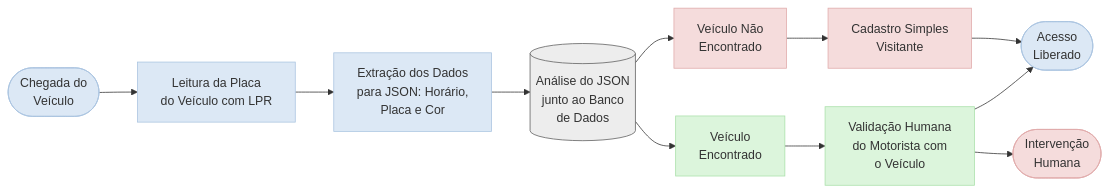
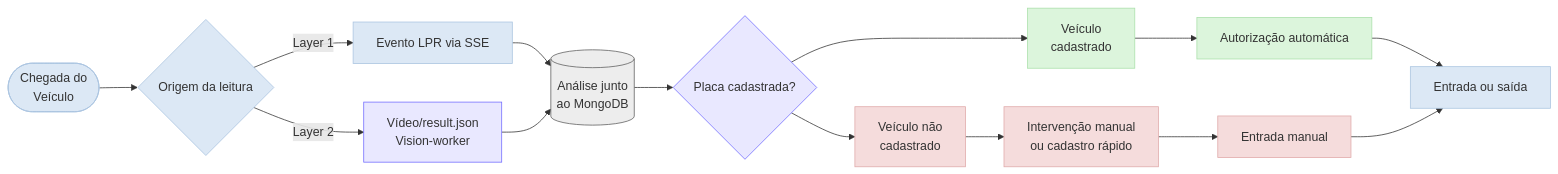
Before and after one commit to alberthydev/carcara-sentinela: the second of 4 diagrams in README.md, drawn with Mermaid. The commit also changed other lines of this file and 45 other files, not shown here.

````diff
--- a/README.md
+++ b/README.md
@@ -103,27 +112,32 @@
 ```mermaid
 flowchart LR
-    A([Chegada do\nVeículo]) --> B[Leitura da Placa\ndo Veículo com LPR]
-    B --> C[Extração dos Dados\npara JSON: Horário,\nPlaca e Cor]
-    C --> D[(Análise do JSON\njunto ao Banco\nde Dados)]
+    A([Chegada do\nVeículo]) --> B{Origem da leitura}
+    B -->|Layer 1| C[Evento LPR via SSE]
+    B -->|Layer 2| D[Vídeo/result.json\nVision-worker]
+    C --> E[(Análise junto\nao MongoDB)]
+    D --> E
+    E --> F{Placa cadastrada?}
  
-    D --> E[Veículo Não\nEncontrado]
-    D --> F[Veículo\nEncontrado]
+    F --> G[Veículo não\ncadastrado]
+    F --> H[Veículo\ncadastrado]
  
-    E --> G[Cadastro Simples\nVisitante]
-    G --> H([Acesso\nLiberado])
+    G --> I[Intervenção manual\nou cadastro rápido]
+    I --> J[Entrada manual]
  
-    F --> I[Validação Humana\ndo Motorista com\no Veículo]
-    I --> H
-    I --> J([Intervenção\nHumana])
+    H --> K[Autorização automática]
+    K --> L[Entrada ou saída]
+    J --> L
  
     style A fill:#dce8f5,stroke:#aac4e0
     style B fill:#dce8f5,stroke:#aac4e0
     style C fill:#dce8f5,stroke:#aac4e0
-    style D fill:#EDEDED,stroke:#5E5E5E
-    style E fill:#f5dcdc,stroke:#e0aaaa
+    style D fill:#E9E8FF,stroke:#716BFF
+    style E fill:#EDEDED,stroke:#5E5E5E
+    style F fill:#E9E8FF,stroke:#716BFF
     style G fill:#f5dcdc,stroke:#e0aaaa
+    style I fill:#f5dcdc,stroke:#e0aaaa
     style J fill:#f5dcdc,stroke:#e0aaaa
-    style F fill:#dcf5dc,stroke:#aae0aa
-    style I fill:#dcf5dc,stroke:#aae0aa
-    style H fill:#dce8f5,stroke:#aac4e0
+    style H fill:#dcf5dc,stroke:#aae0aa
+    style K fill:#dcf5dc,stroke:#aae0aa
+    style L fill:#dce8f5,stroke:#aac4e0
 ```
````
